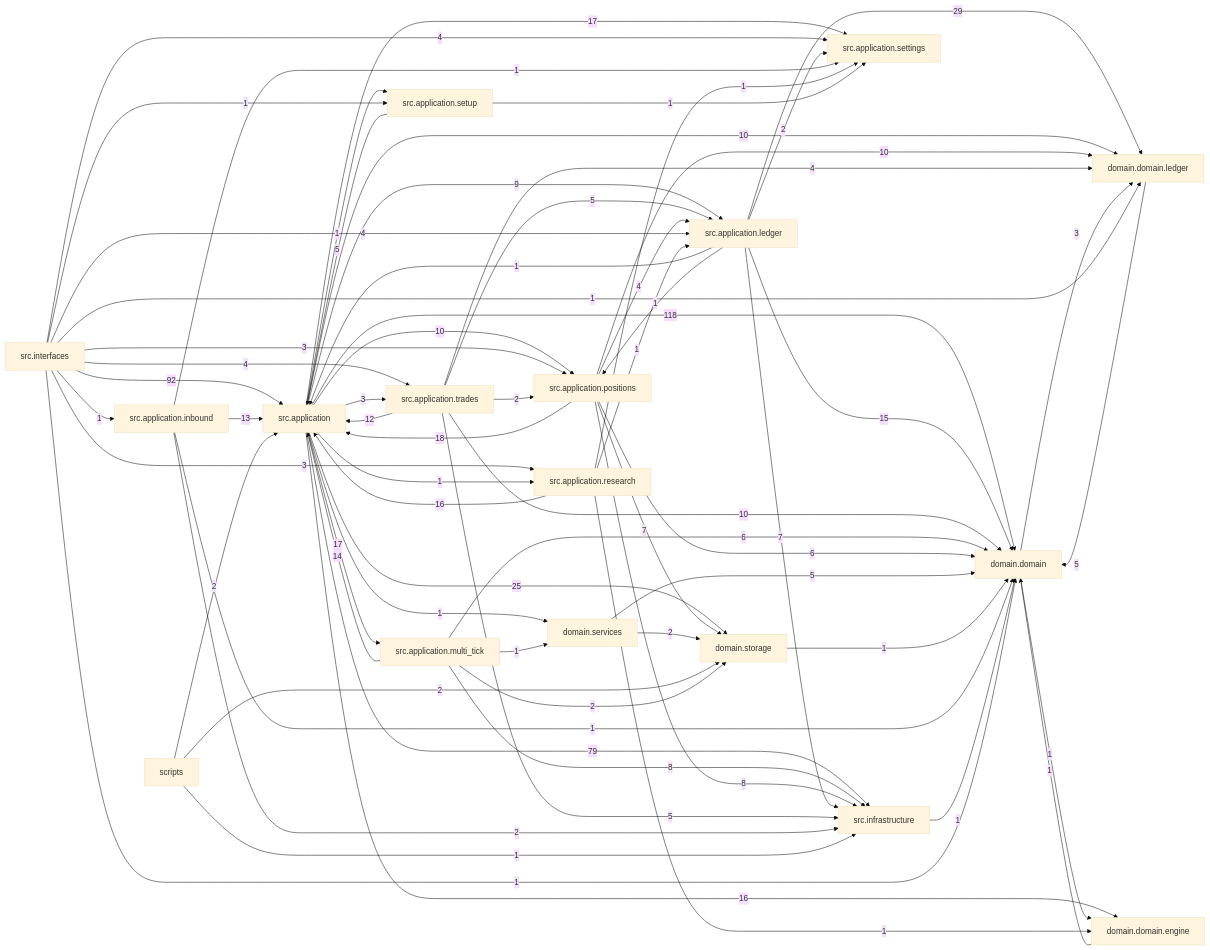
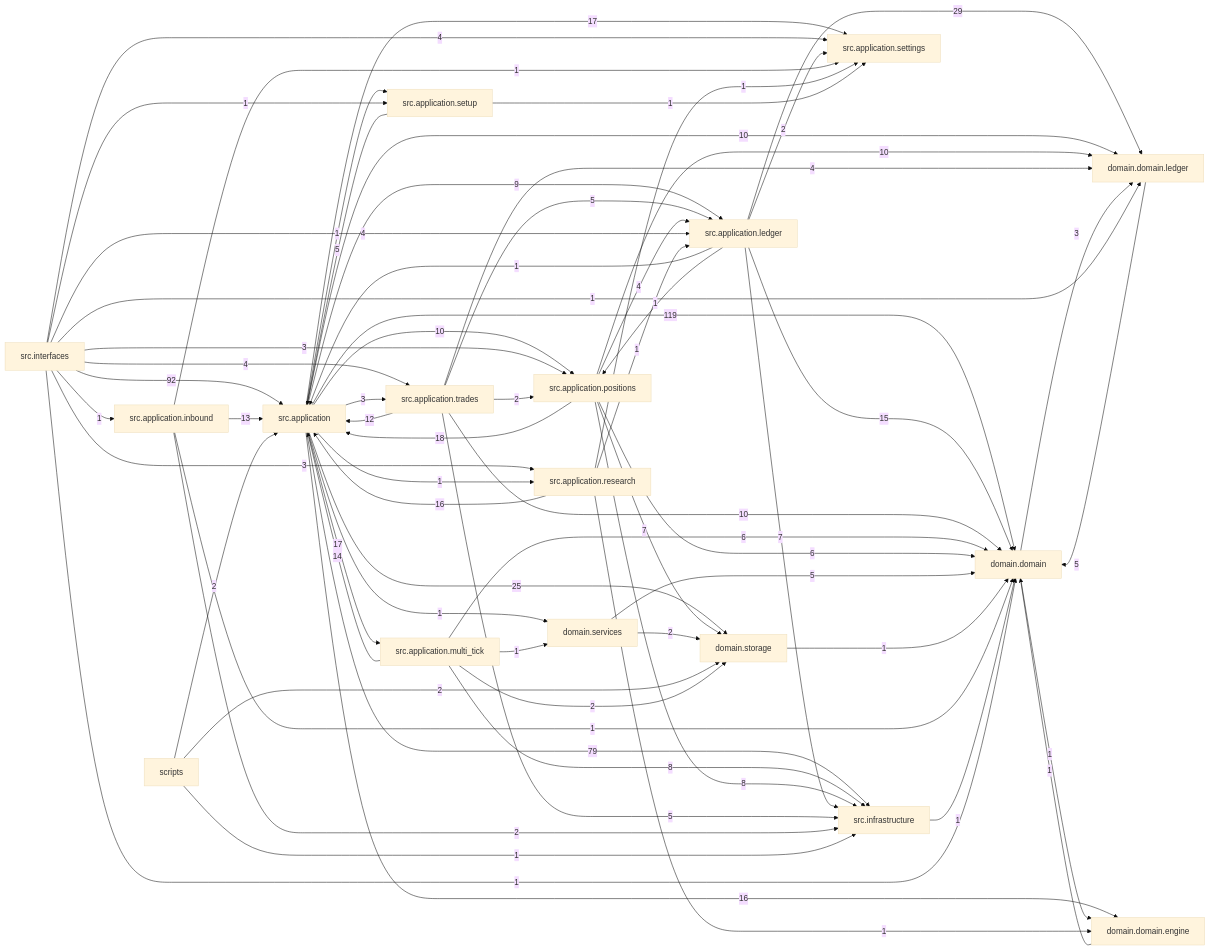
Before and after one commit to liuxie066/options-monitor: the diagram in docs/dependency_graph.mmd, drawn with Mermaid (base theme). The commit also changed 7 other files, not shown here.

```diff
--- a/docs/dependency_graph.mmd
+++ b/docs/dependency_graph.mmd
@@ -1,68 +1,68 @@
 flowchart LR
-  src_application["src.application"] -->|118| domain_domain["domain.domain"]
+  src_application["src.application"] -->|119| domain_domain["domain.domain"]
   src_interfaces["src.interfaces"] -->|92| src_application["src.application"]
   src_application["src.application"] -->|79| src_infrastructure["src.infrastructure"]
   src_application_ledger["src.application.ledger"] -->|29| domain_domain_ledger["domain.domain.ledger"]
   src_application["src.application"] -->|25| domain_storage["domain.storage"]
   src_application_positions["src.application.positions"] -->|18| src_application["src.application"]
   src_application["src.application"] -->|17| src_application_multi_tick["src.application.multi_tick"]
   src_application["src.application"] -->|17| src_application_settings["src.application.settings"]
   src_application["src.application"] -->|16| domain_domain_engine["domain.domain.engine"]
   src_application_research["src.application.research"] -->|16| src_application["src.application"]
   src_application_ledger["src.application.ledger"] -->|15| domain_domain["domain.domain"]
   src_application_multi_tick["src.application.multi_tick"] -->|14| src_application["src.application"]
   src_application_inbound["src.application.inbound"] -->|13| src_application["src.application"]
   src_application_trades["src.application.trades"] -->|12| src_application["src.application"]
   src_application["src.application"] -->|10| domain_domain_ledger["domain.domain.ledger"]
   src_application["src.application"] -->|10| src_application_positions["src.application.positions"]
   src_application_positions["src.application.positions"] -->|10| domain_domain_ledger["domain.domain.ledger"]
   src_application_trades["src.application.trades"] -->|10| domain_domain["domain.domain"]
   src_application["src.application"] -->|9| src_application_ledger["src.application.ledger"]
   src_application_multi_tick["src.application.multi_tick"] -->|8| src_infrastructure["src.infrastructure"]
   src_application_positions["src.application.positions"] -->|8| src_infrastructure["src.infrastructure"]
   src_application_ledger["src.application.ledger"] -->|7| src_infrastructure["src.infrastructure"]
   src_application_positions["src.application.positions"] -->|7| domain_storage["domain.storage"]
   src_application_multi_tick["src.application.multi_tick"] -->|6| domain_domain["domain.domain"]
   src_application_positions["src.application.positions"] -->|6| domain_domain["domain.domain"]
   domain_domain_ledger["domain.domain.ledger"] -->|5| domain_domain["domain.domain"]
   domain_services["domain.services"] -->|5| domain_domain["domain.domain"]
   src_application_setup["src.application.setup"] -->|5| src_application["src.application"]
   src_application_trades["src.application.trades"] -->|5| src_application_ledger["src.application.ledger"]
   src_application_trades["src.application.trades"] -->|5| src_infrastructure["src.infrastructure"]
   src_application_positions["src.application.positions"] -->|4| src_application_ledger["src.application.ledger"]
   src_application_trades["src.application.trades"] -->|4| domain_domain_ledger["domain.domain.ledger"]
   src_interfaces["src.interfaces"] -->|4| src_application_ledger["src.application.ledger"]
   src_interfaces["src.interfaces"] -->|4| src_application_settings["src.application.settings"]
   src_interfaces["src.interfaces"] -->|4| src_application_trades["src.application.trades"]
   domain_domain["domain.domain"] -->|3| domain_domain_ledger["domain.domain.ledger"]
   src_application["src.application"] -->|3| src_application_trades["src.application.trades"]
   src_interfaces["src.interfaces"] -->|3| src_application_positions["src.application.positions"]
   src_interfaces["src.interfaces"] -->|3| src_application_research["src.application.research"]
   domain_services["domain.services"] -->|2| domain_storage["domain.storage"]
   scripts["scripts"] -->|2| domain_storage["domain.storage"]
   scripts["scripts"] -->|2| src_application["src.application"]
   src_application_inbound["src.application.inbound"] -->|2| src_infrastructure["src.infrastructure"]
   src_application_ledger["src.application.ledger"] -->|2| src_application_settings["src.application.settings"]
   src_application_multi_tick["src.application.multi_tick"] -->|2| domain_storage["domain.storage"]
   src_application_trades["src.application.trades"] -->|2| src_application_positions["src.application.positions"]
   domain_domain["domain.domain"] -->|1| domain_domain_engine["domain.domain.engine"]
   domain_domain_engine["domain.domain.engine"] -->|1| domain_domain["domain.domain"]
   domain_storage["domain.storage"] -->|1| domain_domain["domain.domain"]
   scripts["scripts"] -->|1| src_infrastructure["src.infrastructure"]
   src_application["src.application"] -->|1| domain_services["domain.services"]
   src_application["src.application"] -->|1| src_application_research["src.application.research"]
   src_application["src.application"] -->|1| src_application_setup["src.application.setup"]
   src_application_inbound["src.application.inbound"] -->|1| domain_domain["domain.domain"]
   src_application_inbound["src.application.inbound"] -->|1| src_application_settings["src.application.settings"]
   src_application_ledger["src.application.ledger"] -->|1| src_application["src.application"]
   src_application_ledger["src.application.ledger"] -->|1| src_application_positions["src.application.positions"]
   src_application_multi_tick["src.application.multi_tick"] -->|1| domain_services["domain.services"]
   src_application_research["src.application.research"] -->|1| domain_domain_engine["domain.domain.engine"]
   src_application_research["src.application.research"] -->|1| src_application_ledger["src.application.ledger"]
   src_application_research["src.application.research"] -->|1| src_application_settings["src.application.settings"]
   src_application_setup["src.application.setup"] -->|1| src_application_settings["src.application.settings"]
   src_infrastructure["src.infrastructure"] -->|1| domain_domain["domain.domain"]
   src_interfaces["src.interfaces"] -->|1| domain_domain["domain.domain"]
   src_interfaces["src.interfaces"] -->|1| domain_domain_ledger["domain.domain.ledger"]
   src_interfaces["src.interfaces"] -->|1| src_application_inbound["src.application.inbound"]
   src_interfaces["src.interfaces"] -->|1| src_application_setup["src.application.setup"]
```
